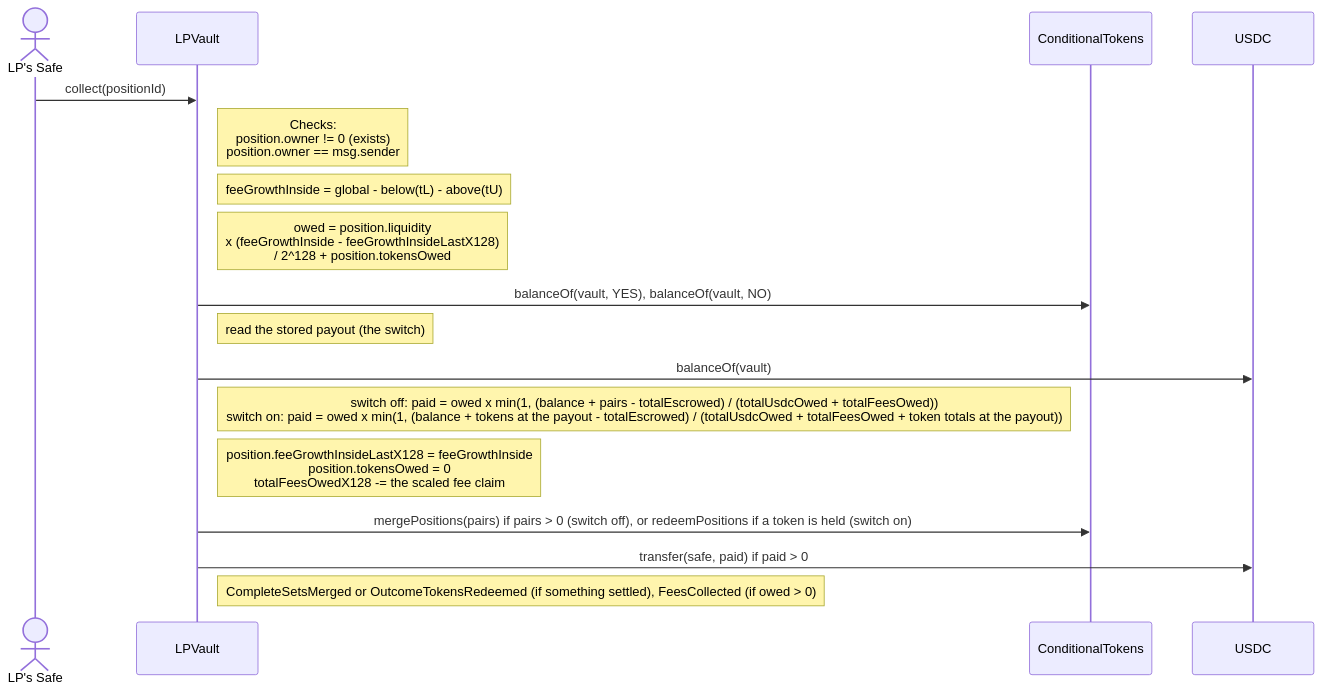
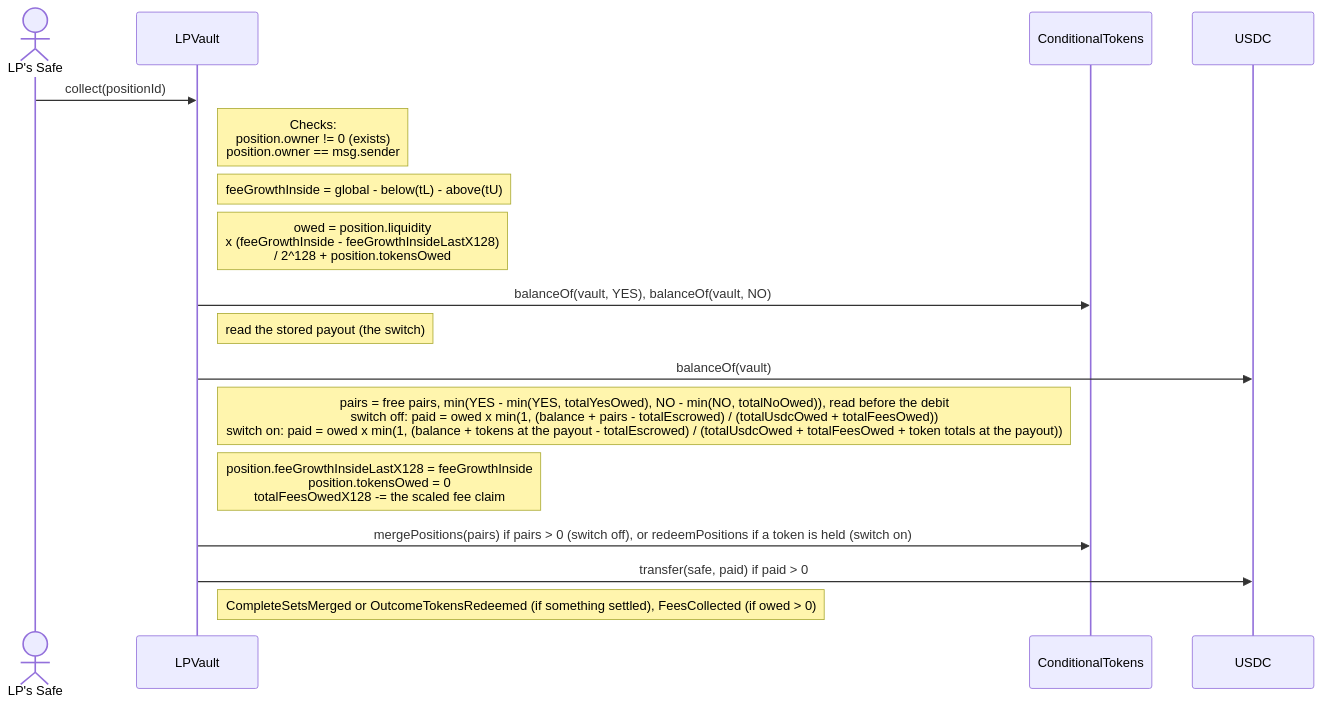
One commit to ProphetMarket/lp-vaults changed diagram 12 of 35 in REFERENCE.md. Above: the diagram before and after it, drawn with Mermaid. The commit also changed other lines of this file and 3 other files, not shown here.

First line of the commit message:
chore (vault): Document the free pairs and update the plan for R14

````diff
--- a/REFERENCE.md
+++ b/REFERENCE.md
@@ -602,20 +602,20 @@
 ```mermaid
 sequenceDiagram
     actor Safe as LP's Safe
     participant Vault as LPVault
     participant CTF as ConditionalTokens
     participant USDC
 
     Safe->>Vault: collect(positionId)
     Note right of Vault: Checks:<br/>position.owner != 0 (exists)<br/>position.owner == msg.sender
     Note right of Vault: feeGrowthInside = global - below(tL) - above(tU)
     Note right of Vault: owed = position.liquidity<br/>    x (feeGrowthInside - feeGrowthInsideLastX128)<br/>    / 2^128 + position.tokensOwed
     Vault->>CTF: balanceOf(vault, YES), balanceOf(vault, NO)
     Note right of Vault: read the stored payout (the switch)
     Vault->>USDC: balanceOf(vault)
-    Note right of Vault: switch off: paid = owed x min(1, (balance + pairs - totalEscrowed) / (totalUsdcOwed + totalFeesOwed))<br/>switch on: paid = owed x min(1, (balance + tokens at the payout - totalEscrowed) / (totalUsdcOwed + totalFeesOwed + token totals at the payout))
+    Note right of Vault: pairs = free pairs, min(YES - min(YES, totalYesOwed), NO - min(NO, totalNoOwed)), read before the debit<br/>switch off: paid = owed x min(1, (balance + pairs - totalEscrowed) / (totalUsdcOwed + totalFeesOwed))<br/>switch on: paid = owed x min(1, (balance + tokens at the payout - totalEscrowed) / (totalUsdcOwed + totalFeesOwed + token totals at the payout))
     Note right of Vault: position.feeGrowthInsideLastX128 = feeGrowthInside<br/>position.tokensOwed = 0<br/>totalFeesOwedX128 -= the scaled fee claim
     Vault->>CTF: mergePositions(pairs) if pairs > 0 (switch off), or redeemPositions if a token is held (switch on)
     Vault->>USDC: transfer(safe, paid) if paid > 0
     Note right of Vault: CompleteSetsMerged or OutcomeTokensRedeemed (if something settled), FeesCollected (if owed > 0)
 ```
````
